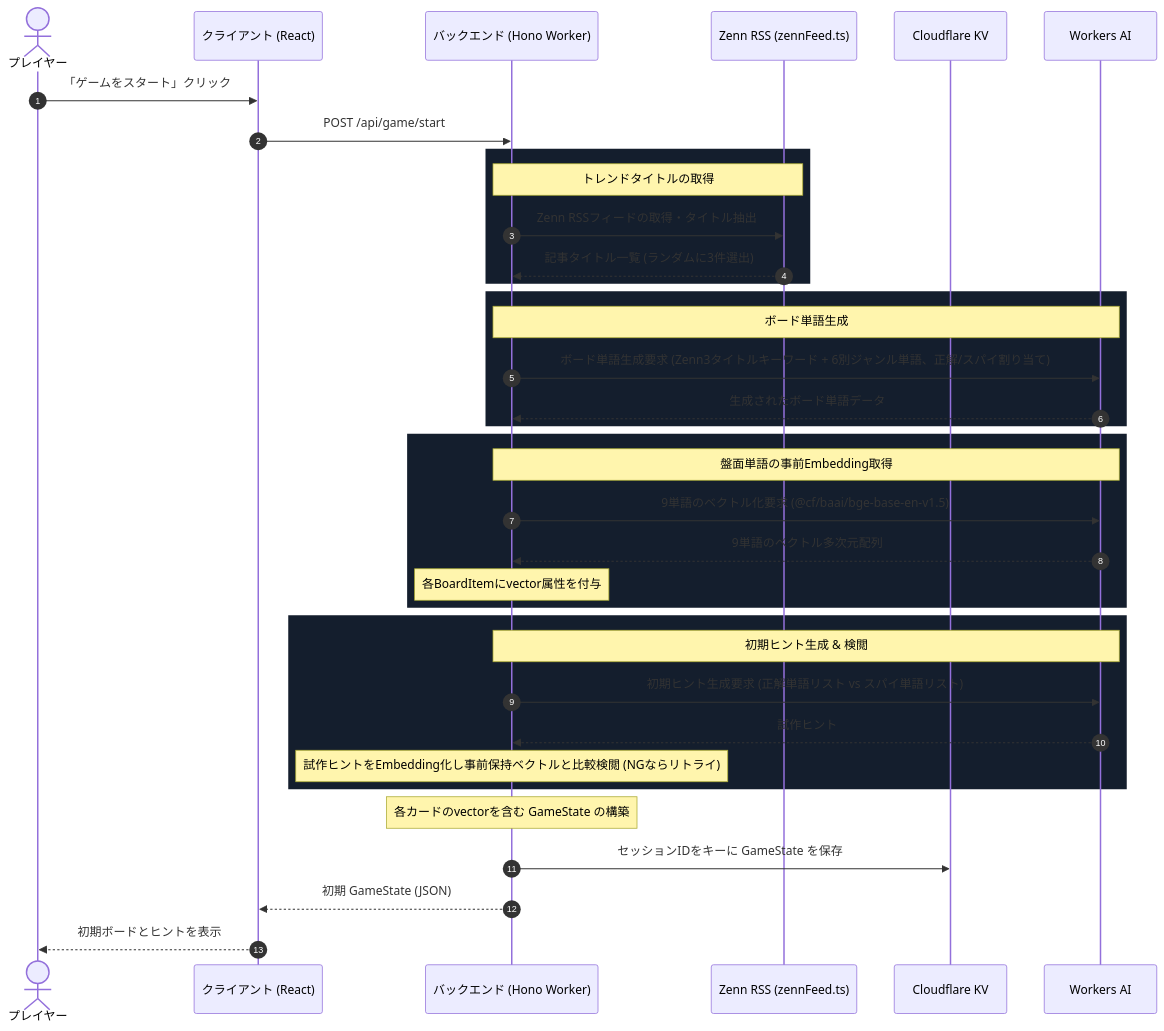
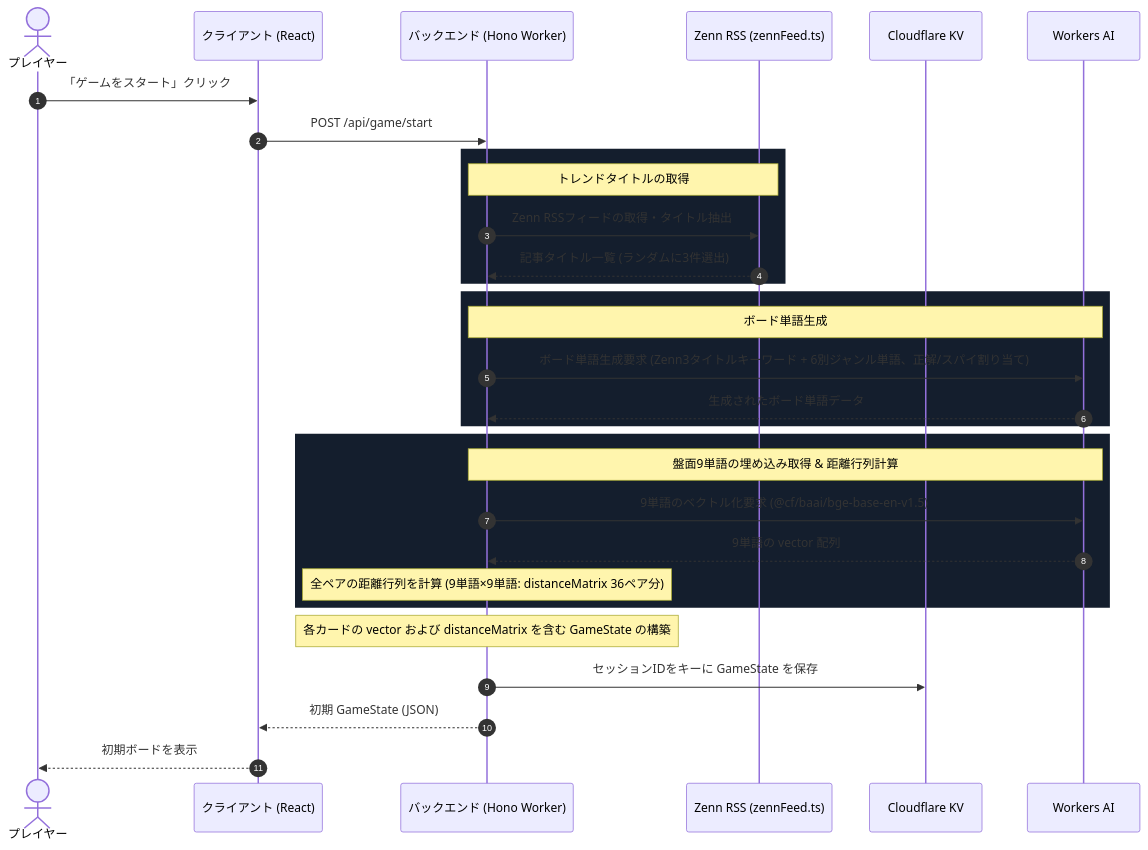
Before and after one commit to Eztas/cloude: the second of 4 diagrams in docs/architecture.md, drawn with Mermaid. The commit also changed other lines of this file and 6 other files, not shown here.

````diff
--- a/docs/architecture.md
+++ b/docs/architecture.md
@@ -88,44 +88,37 @@
 ```mermaid
 sequenceDiagram
     autonumber
     actor User as プレイヤー
     participant Client as クライアント (React)
     participant Worker as バックエンド (Hono Worker)
     participant Zenn as Zenn RSS (zennFeed.ts)
     participant KV as Cloudflare KV
     participant AI as Workers AI
 
     User ->> Client: 「ゲームをスタート」クリック
     Client ->> Worker: POST /api/game/start
     
     rect rgb(20, 30, 45)
         Note over Worker, Zenn: トレンドタイトルの取得
         Worker ->> Zenn: Zenn RSSフィードの取得・タイトル抽出
         Zenn -->> Worker: 記事タイトル一覧 (ランダムに3件選出)
     end
 
     rect rgb(20, 30, 45)
         Note over Worker, AI: ボード単語生成
         Worker ->> AI: ボード単語生成要求 (Zenn3タイトルキーワード + 6別ジャンル単語、正解/スパイ割り当て)
         AI -->> Worker: 生成されたボード単語データ
     end
 
     rect rgb(20, 30, 45)
-        Note over Worker, AI: 盤面単語の事前Embedding取得
+        Note over Worker, AI: 盤面9単語の埋め込み取得 & 距離行列計算
         Worker ->> AI: 9単語のベクトル化要求 (@cf/baai/bge-base-en-v1.5)
-        AI -->> Worker: 9単語のベクトル多次元配列
-        Note over Worker: 各BoardItemにvector属性を付与
+        AI -->> Worker: 9単語の vector 配列
+        Note over Worker: 全ペアの距離行列を計算 (9単語×9単語: distanceMatrix 36ペア分)
     end
 
-    rect rgb(20, 30, 45)
-        Note over Worker, AI: 初期ヒント生成 & 検閲
-        Worker ->> AI: 初期ヒント生成要求 (正解単語リスト vs スパイ単語リスト)
-        AI -->> Worker: 試作ヒント
-        Note over Worker: 試作ヒントをEmbedding化し事前保持ベクトルと比較検閲 (NGならリトライ)
-    end
-
-    Note over Worker: 各カードのvectorを含む GameState の構築
+    Note over Worker: 各カードの vector および distanceMatrix を含む GameState の構築
     Worker ->> KV: セッションIDをキーに GameState を保存
     Worker -->> Client: 初期 GameState (JSON)
-    Client -->> User: 初期ボードとヒントを表示
+    Client -->> User: 初期ボードを表示
 ```
````
